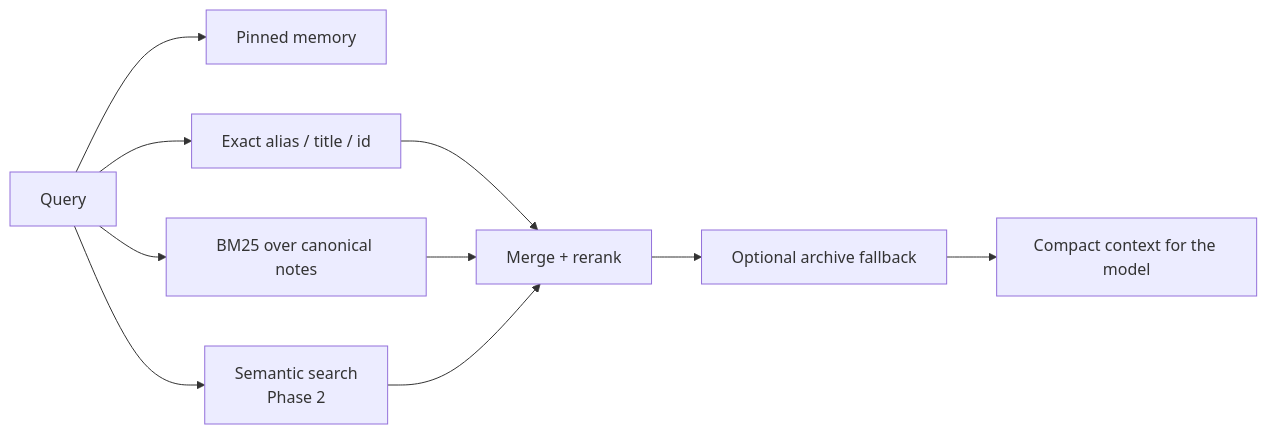
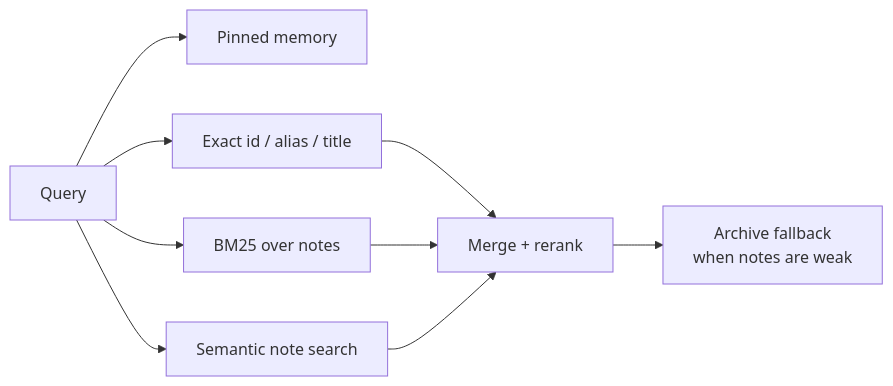
Before and after one commit to Jianyu010/MnemonicOS: the sixth of 7 diagrams in README.md, drawn with Mermaid. The commit also changed other lines of this file and 19 other files, not shown here.

````diff
--- a/README.md
+++ b/README.md
@@ -100,12 +101,11 @@
 ```mermaid
 flowchart LR
-    A["Query"] --> B["Pinned memory"]
-    A --> C["Exact alias / title / id"]
-    A --> D["BM25 over canonical notes"]
-    A --> E["Semantic search<br/>Phase 2"]
-    C --> F["Merge + rerank"]
-    D --> F
-    E --> F
-    F --> G["Optional archive fallback"]
-    G --> H["Compact context for the model"]
+    Q["Query"] --> P["Pinned memory"]
+    Q --> X["Exact id / alias / title"]
+    Q --> B["BM25 over notes"]
+    Q --> S["Semantic note search"]
+    X --> R["Merge + rerank"]
+    B --> R
+    S --> R
+    R --> A["Archive fallback<br/>when notes are weak"]
 ```
````
